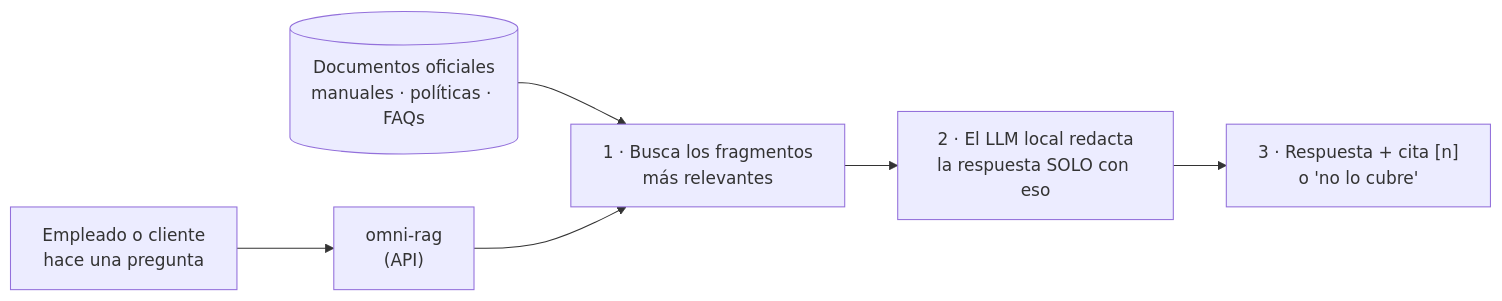
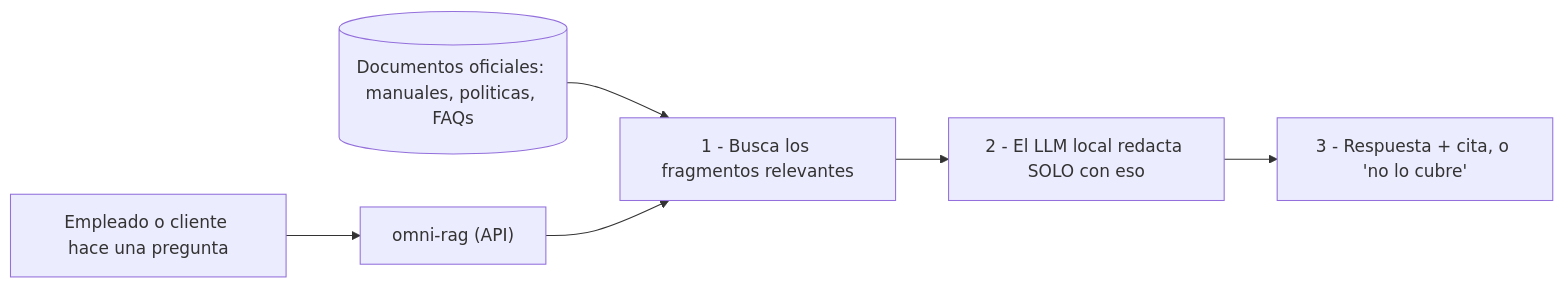
The diagram in README.md (macpampa2026/omni-rag), drawn with Mermaid before and after one commit.

Commit message:
docs: diagrama del README sin saltos de línea que GitHub pegaba

````diff
--- a/README.md
+++ b/README.md
@@ -48,8 +48,8 @@
 ```mermaid
 flowchart LR
-    U["Empleado o cliente<br/>hace una pregunta"] --> API["omni-rag<br/>(API)"]
-    D[("Documentos oficiales<br/>manuales · políticas · FAQs")] --> R
-    API --> R["1 · Busca los fragmentos<br/>más relevantes"]
-    R --> G["2 · El LLM local redacta<br/>la respuesta SOLO con eso"]
-    G --> A["3 · Respuesta + cita [n]<br/>o 'no lo cubre'"]
+    U["Empleado o cliente hace una pregunta"] --> API["omni-rag (API)"]
+    D[("Documentos oficiales: manuales, politicas, FAQs")] --> R
+    API --> R["1 - Busca los fragmentos relevantes"]
+    R --> G["2 - El LLM local redacta SOLO con eso"]
+    G --> A["3 - Respuesta + cita, o 'no lo cubre'"]
 ```
````
